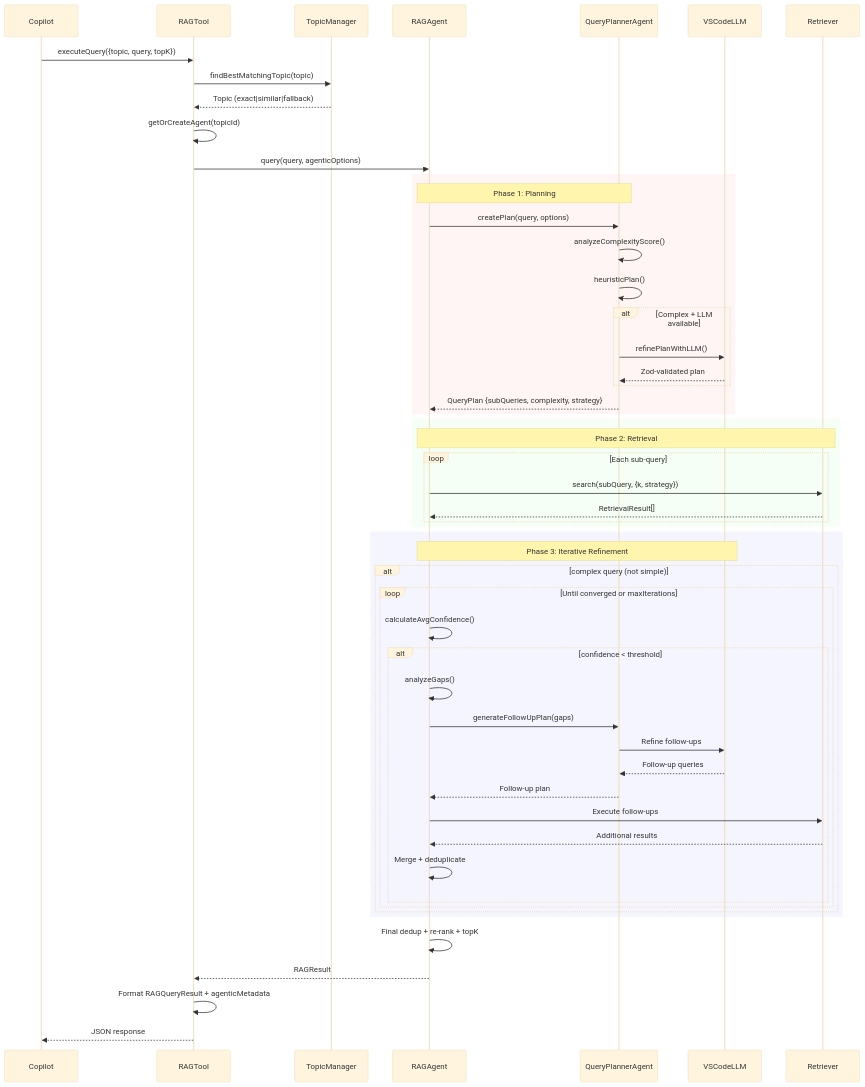
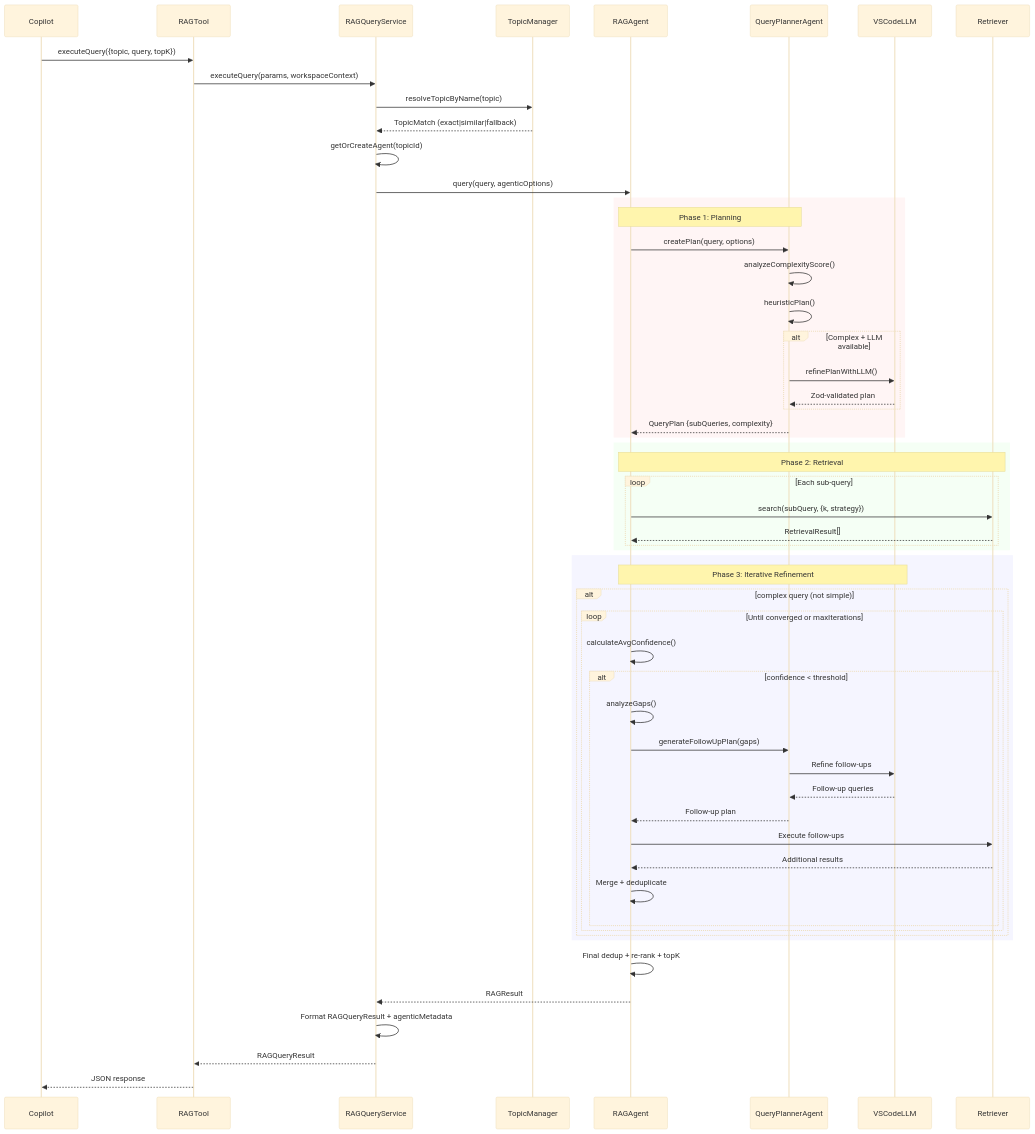
Before and after one commit to hyorman/RAGnarok: diagram 14 of 16 in ARCHITECTURE.md, drawn with Mermaid (base theme). The commit also changed other lines of this file and 88 other files, not shown here.

First line of the commit message:
feat: knowledge graph, standalone memory, cross-encoder reranking, and benchmarks

````diff
--- a/ARCHITECTURE.md
+++ b/ARCHITECTURE.md
@@ -881,60 +1024,63 @@
 ```mermaid
 sequenceDiagram
     participant COP as Copilot
     participant TOOL as RAGTool
+    participant RQS as RAGQueryService
     participant TM as TopicManager
     participant RA as RAGAgent
     participant QP as QueryPlannerAgent
     participant LLM as VSCodeLLM
     participant RET as Retriever
 
     COP->>TOOL: executeQuery({topic, query, topK})
-    TOOL->>TM: findBestMatchingTopic(topic)
-    TM-->>TOOL: Topic (exact|similar|fallback)
-    TOOL->>TOOL: getOrCreateAgent(topicId)
-    TOOL->>RA: query(query, agenticOptions)
+    TOOL->>RQS: executeQuery(params, workspaceContext)
+    RQS->>TM: resolveTopicByName(topic)
+    TM-->>RQS: TopicMatch (exact|similar|fallback)
+    RQS->>RQS: getOrCreateAgent(topicId)
+    RQS->>RA: query(query, agenticOptions)
 
     rect rgb(255, 245, 245)
         Note over RA,QP: Phase 1: Planning
         RA->>QP: createPlan(query, options)
         QP->>QP: analyzeComplexityScore()
         QP->>QP: heuristicPlan()
         alt Complex + LLM available
             QP->>LLM: refinePlanWithLLM()
             LLM-->>QP: Zod-validated plan
         end
-        QP-->>RA: QueryPlan {subQueries, complexity, strategy}
+        QP-->>RA: QueryPlan {subQueries, complexity}
     end
 
     rect rgb(245, 255, 245)
         Note over RA,RET: Phase 2: Retrieval
         loop Each sub-query
             RA->>RET: search(subQuery, {k, strategy})
             RET-->>RA: RetrievalResult[]
         end
     end
 
     rect rgb(245, 245, 255)
         Note over RA,LLM: Phase 3: Iterative Refinement
         alt complex query (not simple)
             loop Until converged or maxIterations
                 RA->>RA: calculateAvgConfidence()
                 alt confidence < threshold
                     RA->>RA: analyzeGaps()
                     RA->>QP: generateFollowUpPlan(gaps)
                     QP->>LLM: Refine follow-ups
                     LLM-->>QP: Follow-up queries
                     QP-->>RA: Follow-up plan
                     RA->>RET: Execute follow-ups
                     RET-->>RA: Additional results
                     RA->>RA: Merge + deduplicate
                 end
             end
         end
     end
 
     RA->>RA: Final dedup + re-rank + topK
-    RA-->>TOOL: RAGResult
-    TOOL->>TOOL: Format RAGQueryResult + agenticMetadata
+    RA-->>RQS: RAGResult
+    RQS->>RQS: Format RAGQueryResult + agenticMetadata
+    RQS-->>TOOL: RAGQueryResult
     TOOL-->>COP: JSON response
 ```
````
